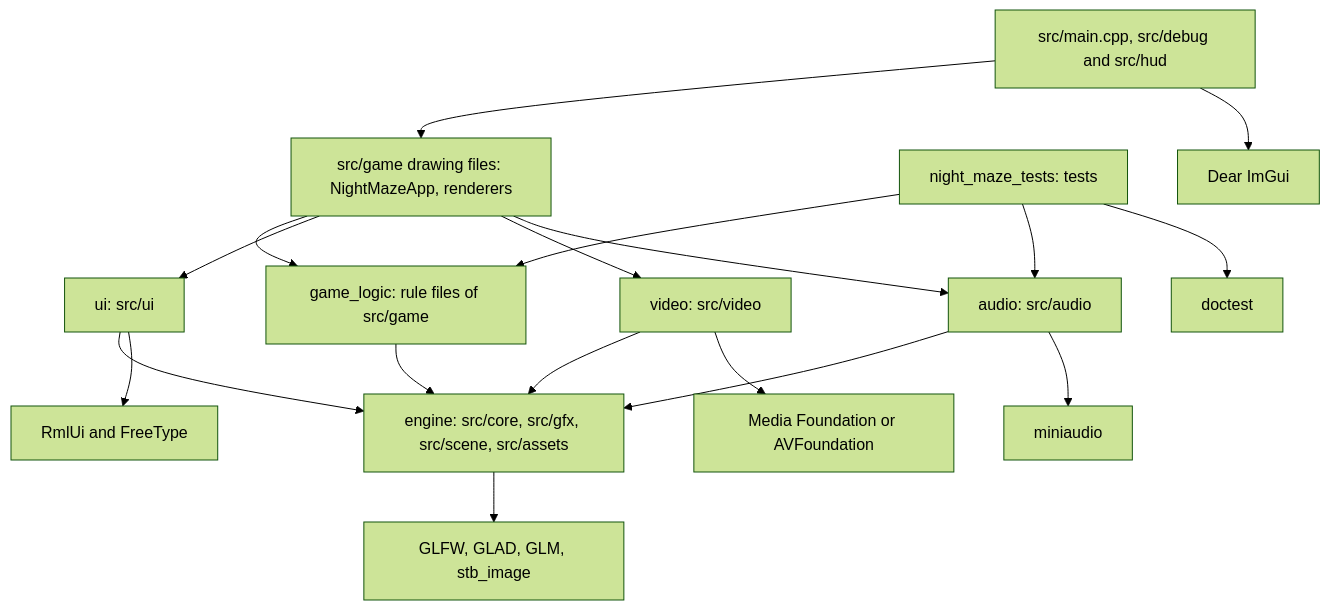
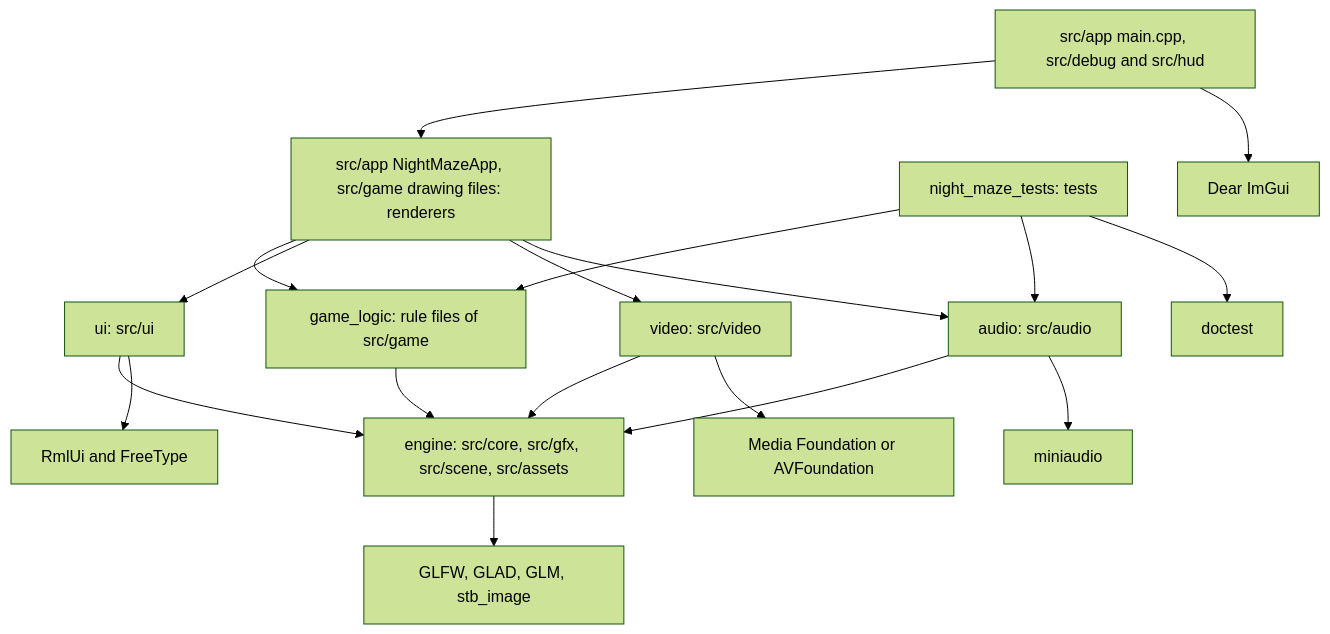
Before and after one commit to Shironex/night-maze: the first of 2 diagrams in docs/architecture.md, drawn with Mermaid (forest theme). The commit also changed other lines of this file and 46 other files, not shown here.

Commit message:
refactor(app): move the entry point and the application class into src/app

````diff
--- a/docs/architecture.md
+++ b/docs/architecture.md
@@ -105,35 +106,35 @@
 ```mermaid
 flowchart TD
-    main["src/main.cpp, src/debug and src/hud"]
-    app["src/game drawing files: NightMazeApp, renderers"]
+    main["src/app main.cpp, src/debug and src/hud"]
+    app["src/app NightMazeApp, src/game drawing files: renderers"]
     logic["game_logic: rule files of src/game"]
     ui["ui: src/ui"]
     video["video: src/video"]
     audio["audio: src/audio"]
     engine["engine: src/core, src/gfx, src/scene, src/assets"]
     tests["night_maze_tests: tests"]
     imgui["Dear ImGui"]
     rmlui["RmlUi and FreeType"]
     miniaudio["miniaudio"]
     osvideo["Media Foundation or AVFoundation"]
     base["GLFW, GLAD, GLM, stb_image"]
     doctest["doctest"]
 
     main --> app
     main --> imgui
     app --> logic
     app --> ui
     app --> video
     app --> audio
     logic --> engine
     ui --> engine
     video --> engine
     audio --> engine
     ui --> rmlui
     video --> osvideo
     audio --> miniaudio
     engine --> base
     tests --> logic
     tests --> audio
     tests --> doctest
 ```
````
